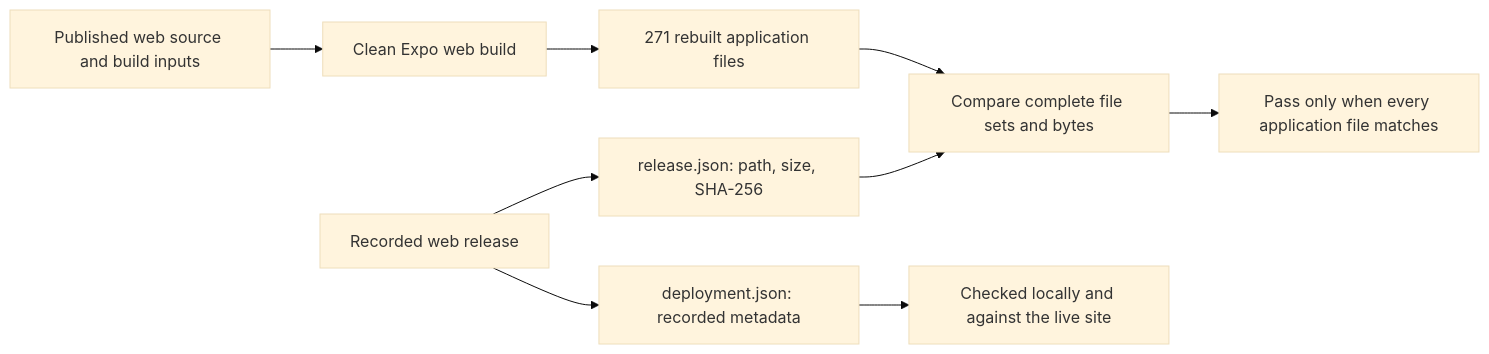
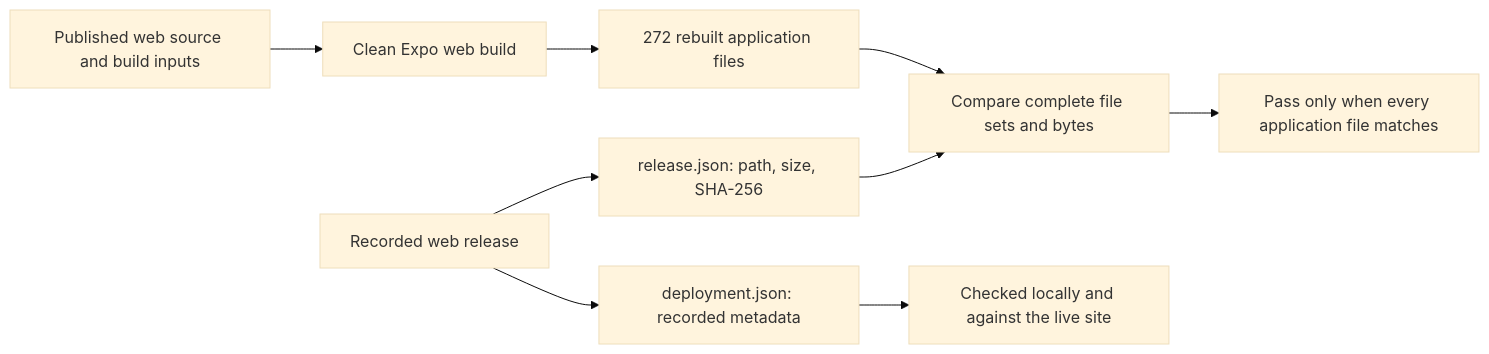
One commit to nuri-com/nuri-wallet changed the first of 5 diagrams in README.md. Above: the diagram before and after it, drawn with Mermaid (base theme). The commit also changed other lines of this file and 456 other files, not shown here.

````diff
--- a/README.md
+++ b/README.md
@@ -167,11 +167,11 @@
 ```mermaid
 flowchart LR
     S["Published web source and build inputs"] --> B["Clean Expo web build"]
-    B --> R["271 rebuilt application files"]
+    B --> R["272 rebuilt application files"]
     W["Recorded web release"] --> M["release.json: path, size, SHA-256"]
     R --> C["Compare complete file sets and bytes"]
     M --> C
     W --> D["deployment.json: recorded metadata"]
     D --> L["Checked locally and against the live site"]
     C --> P["Pass only when every application file matches"]
 ```
````
